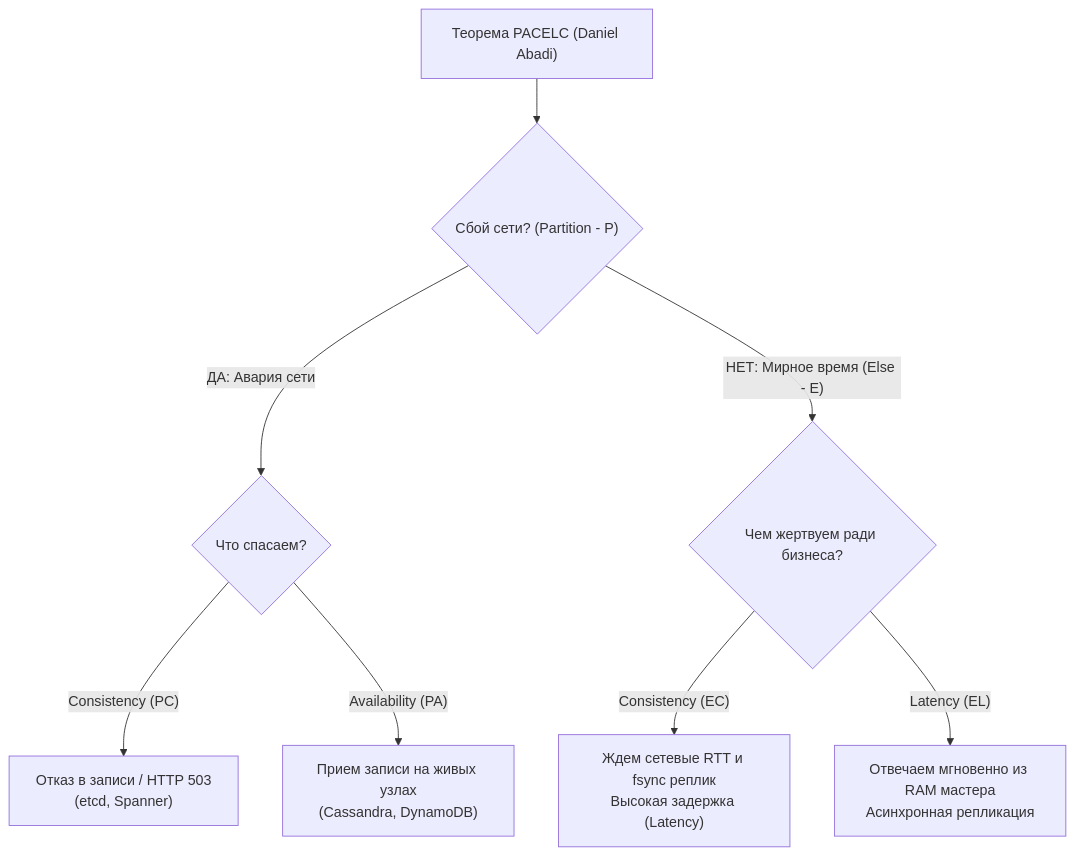
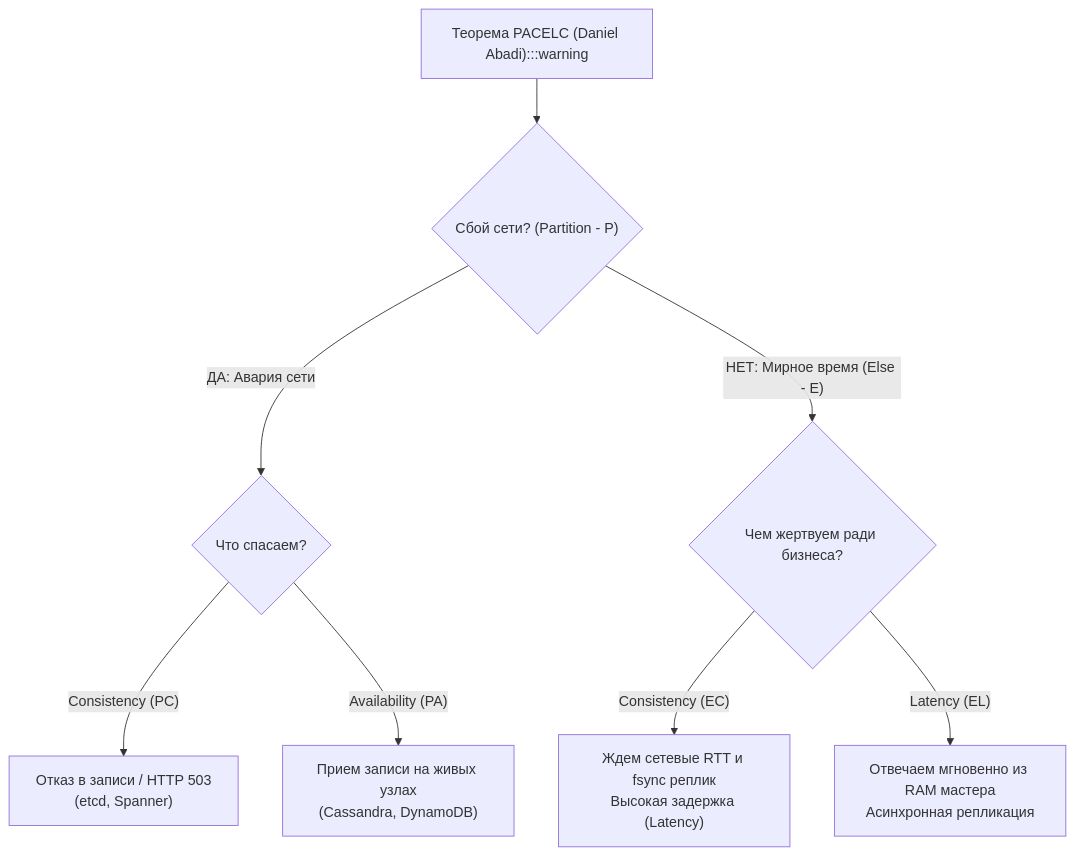
One commit to UnrealTemplier/go-textbook changed the first of 3 diagrams in sources/14. Распределенные системы на Go/01. Основы/8. PACELC.md. Above: the diagram before and after it, drawn with Mermaid. The commit also changed other lines of this file and 1666 other files, not shown here.

First line of the commit message:
feat(mermaid): add semantic color classDef to 1369 colorless flowchart/graph diagrams

````diff
--- a/sources/14. Распределенные системы на Go/01. Основы/8. PACELC.md
+++ b/sources/14. Распределенные системы на Go/01. Основы/8. PACELC.md
@@ -33,12 +33,22 @@
 ```mermaid
 flowchart TD
-    PACELC["Теорема PACELC (Daniel Abadi)"] --> P{"Сбой сети? (Partition - P)"}
+    classDef process  fill:#1e293b,stroke:#38bdf8,stroke-width:1px,color:#f8fafc
+    classDef success  fill:#064e3b,stroke:#34d399,stroke-width:1px,color:#f8fafc
+    classDef error    fill:#7f1d1d,stroke:#f87171,stroke-width:1px,color:#f8fafc
+    classDef warning  fill:#78350f,stroke:#fbbf24,stroke-width:1px,color:#f8fafc
+    classDef entry    fill:#1e3a5f,stroke:#38bdf8,stroke-width:2px,color:#f8fafc
+    classDef aux      fill:#334155,stroke:#64748b,stroke-width:1px,color:#f8fafc
+    classDef system   fill:#312e81,stroke:#a78bfa,stroke-width:1px,color:#f8fafc
+    classDef data     fill:#132d29,stroke:#2dd4bf,stroke-width:1px,color:#f8fafc
+    classDef network  fill:#881337,stroke:#fb7185,stroke-width:1px,color:#f8fafc
+    classDef accent   fill:#1e1b4b,stroke:#818cf8,stroke-width:1px,color:#f8fafc
+    PACELC["Теорема PACELC (Daniel Abadi):::warning"] --> P{"Сбой сети? (Partition - P)"}
     
     P -- "ДА: Авария сети" --> PC_PA{"Что спасаем?"}
     PC_PA -->|"Consistency (PC)"| ResPC["Отказ в записи / HTTP 503<br>(etcd, Spanner)"]
     PC_PA -->|"Availability (PA)"| ResPA["Прием записи на живых узлах<br>(Cassandra, DynamoDB)"]
     
     P -- "НЕТ: Мирное время (Else - E)" --> EC_EL{"Чем жертвуем ради бизнеса?"}
     EC_EL -->|"Consistency (EC)"| ResEC["Ждем сетевые RTT и fsync реплик<br>Высокая задержка (Latency)"]
     EC_EL -->|"Latency (EL)"| ResEL["Отвечаем мгновенно из RAM мастера<br>Асинхронная репликация"]
 ```
````
